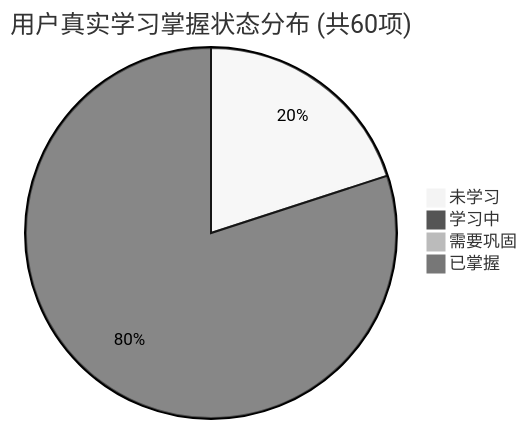
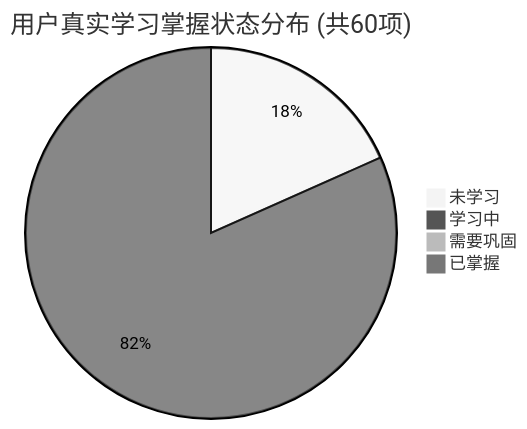
The first of 2 diagrams in PROGRESS.md (tieke1121/tech-interview-knowledge-base), drawn with Mermaid (neutral theme) before and after one commit. The commit also changed other lines of this file and 1 other file, not shown here.

````diff
--- a/PROGRESS.md
+++ b/PROGRESS.md
@@ -27,7 +27,7 @@
 ```mermaid
 pie title 用户真实学习掌握状态分布 (共60项)
-    "未学习" : 12
-    "学习中" : 48
+    "未学习" : 11
+    "学习中" : 49
     "需要巩固" : 0
     "已掌握" : 0
 ```
````
